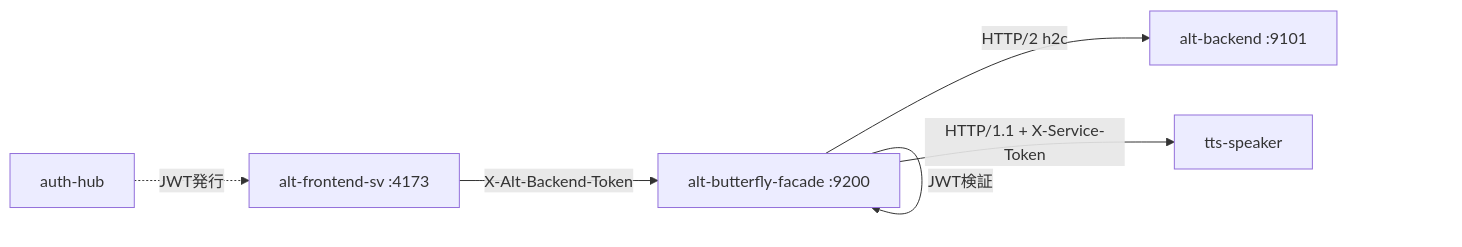
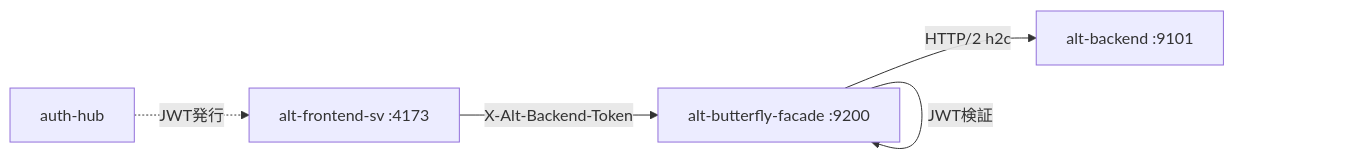
The diagram in docs/services/alt-butterfly-facade.md (Kaikei-e/Alt), drawn with Mermaid before and after one commit. The commit also changed other lines of this file and 11 other files, not shown here.

First line of the commit message:
refactor: remove all references to TTS service and related documentation

````diff
--- a/docs/services/alt-butterfly-facade.md
+++ b/docs/services/alt-butterfly-facade.md
@@ -31,14 +30,12 @@
 ```mermaid
 flowchart LR
     FE[alt-frontend-sv :4173]
     BFF[alt-butterfly-facade :9200]
     BE[alt-backend :9101]
-    TTS[tts-speaker]
     AH[auth-hub]
 
     FE -->|"X-Alt-Backend-Token"| BFF
     BFF -->|"JWT検証"| BFF
     BFF -->|"HTTP/2 h2c"| BE
-    BFF -->|"HTTP/1.1 + X-Service-Token"| TTS
     AH -.->|"JWT発行"| FE
 ```
````
